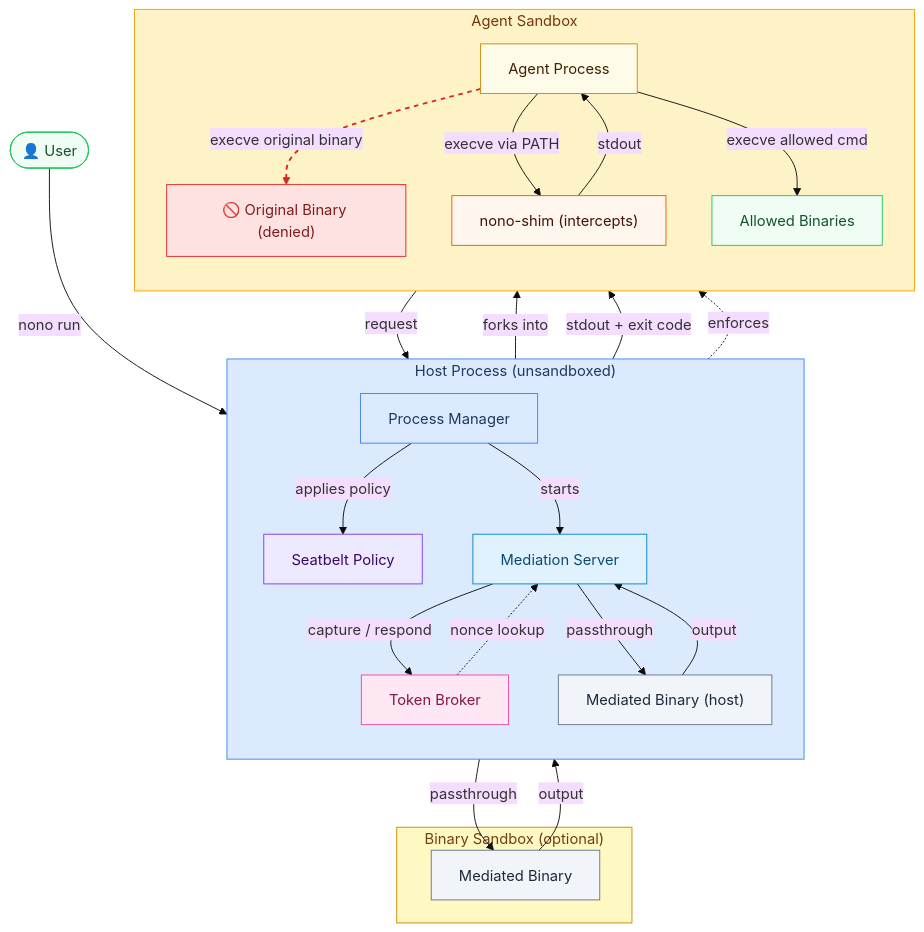
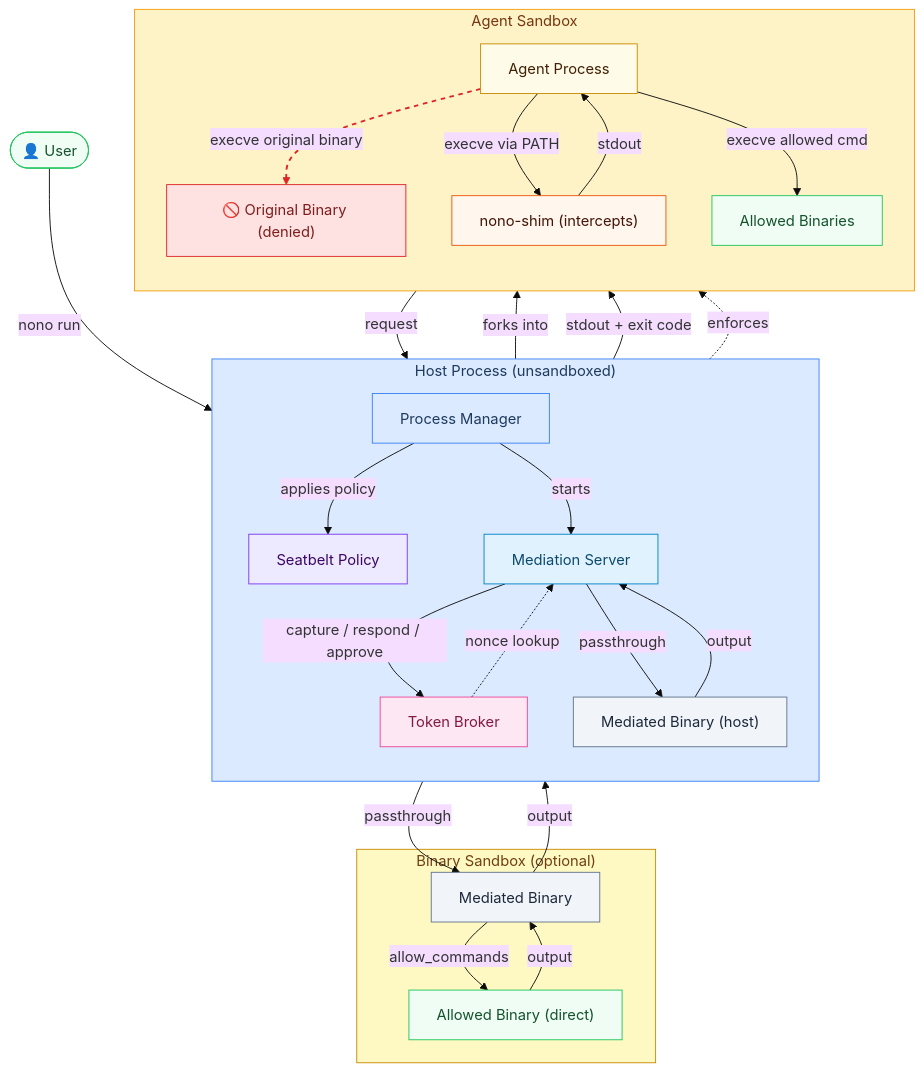
One commit to kipz/nono changed the diagram in README.md. Above: the diagram before and after it, drawn with Mermaid (base theme). The commit also changed other lines of this file and 4 other files, not shown here.

Commit message:
feat(mediation): add allow_commands, approve action, and filtered shim dirs

````diff
--- a/README.md
+++ b/README.md
@@ -314,62 +317,66 @@
 ```mermaid
 %%{init: {'flowchart': {'curve': 'basis'}}}%%
 flowchart TD
     User(["👤 User"])
 
     subgraph host["Host Process (unsandboxed)"]
         direction TB
         HostProc["Process Manager"]
         Seatbelt["Seatbelt Policy"]
         MedServer["Mediation Server"]
         Broker["Token Broker"]
         MediatedBinHost["Mediated Binary (host)"]
     end
 
     subgraph sb["Agent Sandbox"]
         direction TB
         Agent["Agent Process"]
         BlockedBin["🚫 Original Binary (denied)"]
         Shim["nono-shim (intercepts)"]
         FreeBin["Allowed Binaries"]
     end
 
     subgraph sb2["Binary Sandbox (optional)"]
         MediatedBinSB["Mediated Binary"]
+        AllowedBin["Allowed Binary (direct)"]
     end
 
     User -->|"nono run"| HostProc
     HostProc -->|"applies policy"| Seatbelt
     HostProc -->|"starts"| MedServer
     HostProc -->|"forks into"| Agent
     Seatbelt -.->|"enforces"| sb
 
     Agent -->|"execve original binary"| BlockedBin
     Agent -->|"execve via PATH"| Shim
     Agent -->|"execve allowed cmd"| FreeBin
     Shim -->|"request"| MedServer
-    MedServer -->|"capture / respond"| Broker
+    MedServer -->|"capture / respond / approve"| Broker
     MedServer -->|"passthrough"| MediatedBinHost
     MedServer -->|"passthrough"| MediatedBinSB
+    MediatedBinSB -->|"allow_commands"| AllowedBin
     Broker -.->|"nonce lookup"| MedServer
     MediatedBinHost -->|"output"| MedServer
     MediatedBinSB -->|"output"| MedServer
+    AllowedBin -->|"output"| MediatedBinSB
     MedServer -->|"stdout + exit code"| Shim
     Shim -->|"stdout"| Agent
 
     style host fill:#dbeafe,stroke:#3b82f6,color:#1e3a5f
     style sb fill:#fef3c7,stroke:#f59e0b,color:#78350f
     style sb2 fill:#fef9c3,stroke:#ca8a04,color:#713f12
     style User fill:#f0fdf4,stroke:#22c55e,color:#14532d
     style Seatbelt fill:#ede9fe,stroke:#7c3aed,color:#3b0764
     style Broker fill:#fce7f3,stroke:#ec4899,color:#831843
     style MedServer fill:#e0f2fe,stroke:#0284c7,color:#0c4a6e
     style MediatedBinHost fill:#f1f5f9,stroke:#64748b,color:#1e293b
     style MediatedBinSB fill:#f1f5f9,stroke:#64748b,color:#1e293b
+    style AllowedBin fill:#f0fdf4,stroke:#22c55e,color:#14532d
     style FreeBin fill:#f0fdf4,stroke:#22c55e,color:#14532d
     style BlockedBin fill:#fee2e2,stroke:#dc2626,color:#7f1d1d
     style Shim fill:#fff7ed,stroke:#ea580c,color:#431407
     style Agent fill:#fefce8,stroke:#ca8a04,color:#422006
     style HostProc fill:#dbeafe,stroke:#3b82f6,color:#1e3a5f
 
     linkStyle 5 stroke:#dc2626,stroke-width:2px,stroke-dasharray:5
 ```
````
